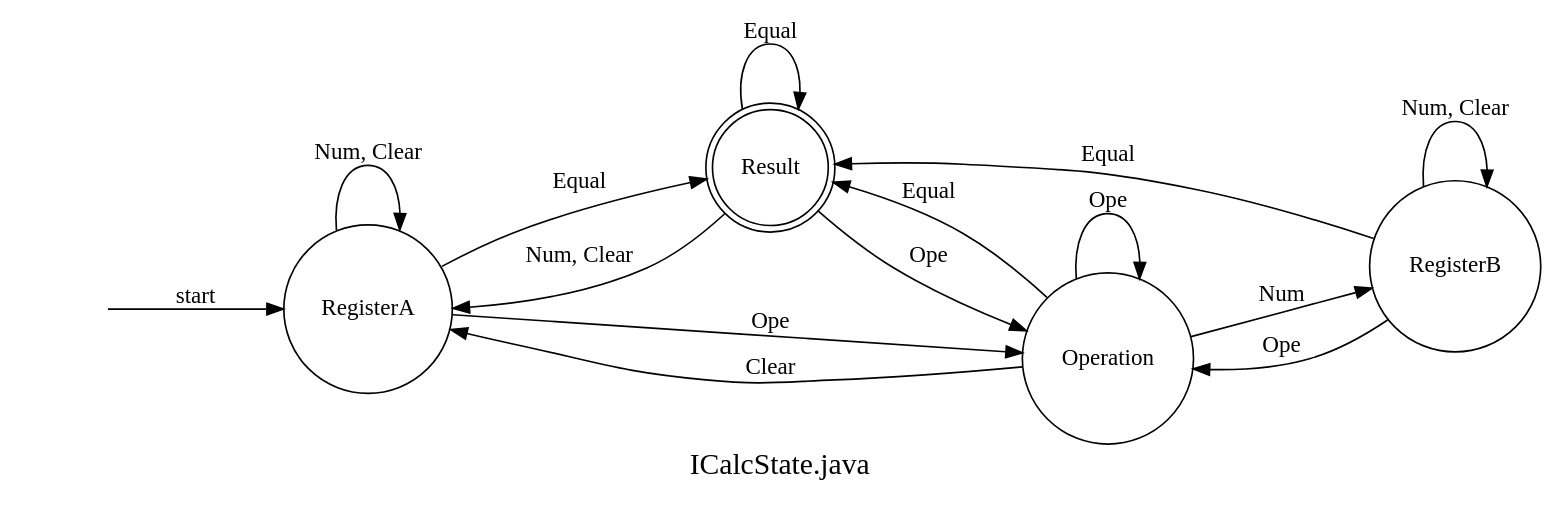
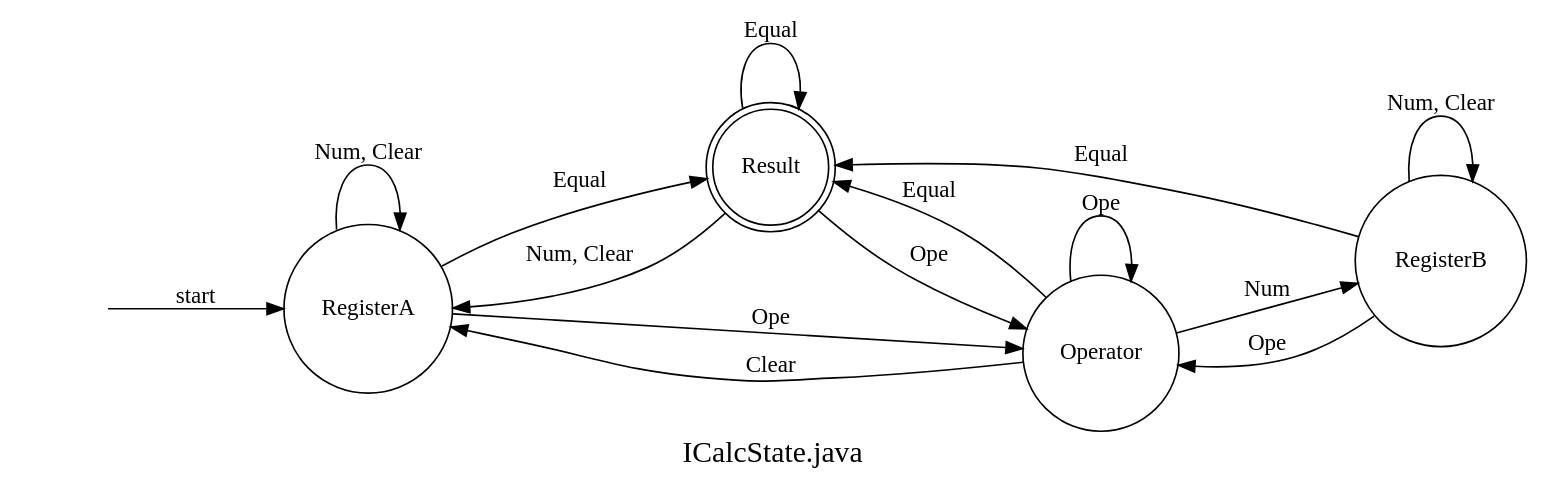
Before and after one commit to nimzo6689/jCalc: the diagram in documents/ICalcSate.gv, drawn with Graphviz. The commit also changed 6 other files, not shown here.

Commit message:
Replace Operation with Operator.

```diff
--- a/documents/ICalcSate.gv
+++ b/documents/ICalcSate.gv
@@ -1,45 +1,45 @@
 digraph ICalcSate {
 
   graph [
     charset = "UTF-8";
     label = "ICalcState.java",
     labelloc = "b",
     labeljust = "c",
     fontsize = 18,
     style = "filled",
     rankdir = LR,
     margin = 0.5,
     splines = spline,
     ranksep = 1.0,
     nodesep = 0.5
   ];
 
   node [
     fontsize = 14,
     margin = 0.05,
   ];
 
   empty [label = "" shape = plaintext];
   node [shape = doublecircle]; Result;
   node [shape = circle];
 
   empty -> RegisterA [label = "start"];
 
-  RegisterA -> Operation [label = "Ope"];
+  RegisterA -> Operator [label = "Ope"];
   RegisterA -> RegisterA [label = "Num, Clear"];
   RegisterA -> Result [label = "Equal"];
 
-  Operation -> RegisterA [label = "Clear"];
-  Operation -> Operation [label = "Ope"];
-  Operation -> RegisterB [label = "Num"];
-  Operation -> Result [label = "Equal"];
+  Operator -> RegisterA [label = "Clear"];
+  Operator -> Operator [label = "Ope"];
+  Operator -> RegisterB [label = "Num"];
+  Operator -> Result [label = "Equal"];
 
-  RegisterB -> Operation [label = "Ope"];
+  RegisterB -> Operator [label = "Ope"];
   RegisterB -> RegisterB [label = "Num, Clear"];
   RegisterB -> Result [label = "Equal"];
 
   Result -> RegisterA [label = "Num, Clear"];
-  Result -> Operation [label = "Ope"];
+  Result -> Operator [label = "Ope"];
   Result -> Result [label = "Equal"];
 
 }
```
